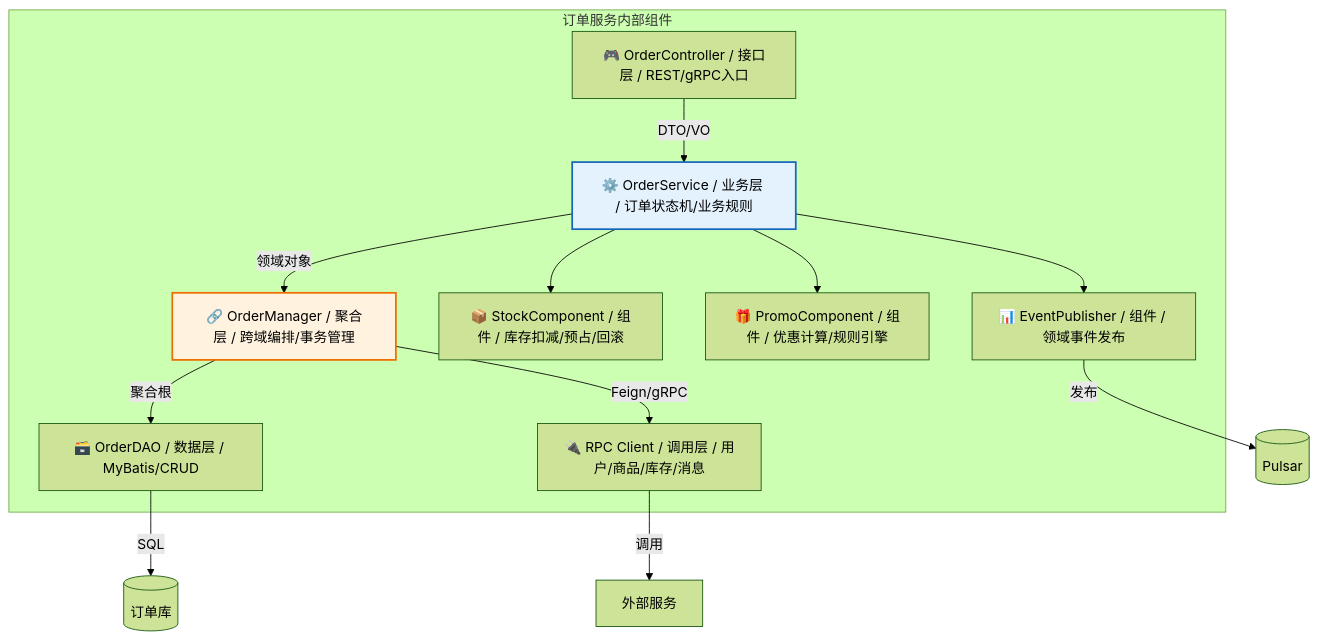
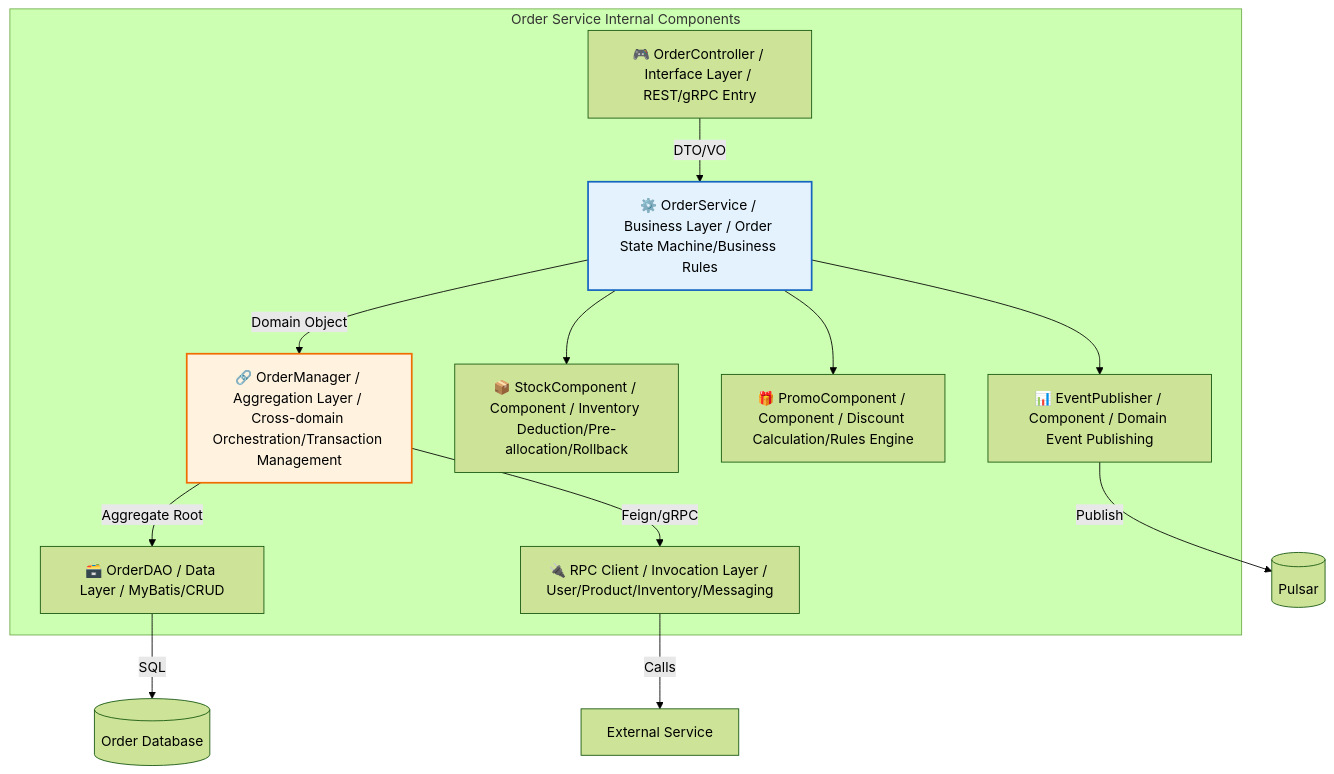
One commit to Kirky-X/cangjie changed the sixth of 15 diagrams in templates/产品/技术层/【模板】架构设计文档.md. Above: the diagram before and after it, drawn with Mermaid (forest theme). The commit also changed other lines of this file and 46 other files, not shown here.

````diff
--- a/templates/产品/技术层/【模板】架构设计文档.md
+++ b/templates/产品/技术层/【模板】架构设计文档.md
@@ -289,27 +289,27 @@
 ```mermaid
 graph TB
-    subgraph 订单服务内部组件
-        C1[🎮 OrderController / 接口层 / REST/gRPC入口]
-        C2[⚙️ OrderService / 业务层 / 订单状态机/业务规则]
-        C3[🔗 OrderManager / 聚合层 / 跨域编排/事务管理]
-        C4[🗃️ OrderDAO / 数据层 / MyBatis/CRUD]
-        C5[🔌 RPC Client / 调用层 / 用户/商品/库存/消息]
-        C6[📦 StockComponent / 组件 / 库存扣减/预占/回滚]
-        C7[🎁 PromoComponent / 组件 / 优惠计算/规则引擎]
-        C8[📊 EventPublisher / 组件 / 领域事件发布]
+    subgraph Order Service Internal Components
+        C1[🎮 OrderController / Interface Layer / REST/gRPC Entry]
+        C2[⚙️ OrderService / Business Layer / Order State Machine/Business Rules]
+        C3[🔗 OrderManager / Aggregation Layer / Cross-domain Orchestration/Transaction Management]
+        C4[🗃️ OrderDAO / Data Layer / MyBatis/CRUD]
+        C5[🔌 RPC Client / Invocation Layer / User/Product/Inventory/Messaging]
+        C6[📦 StockComponent / Component / Inventory Deduction/Pre-allocation/Rollback]
+        C7[🎁 PromoComponent / Component / Discount Calculation/Rules Engine]
+        C8[📊 EventPublisher / Component / Domain Event Publishing]
     end
 
     C1 -->|DTO/VO| C2
     C2 --> C6
     C2 --> C7
     C2 --> C8
-    C2 -->|领域对象| C3
-    C3 -->|聚合根| C4
+    C2 -->|Domain Object| C3
+    C3 -->|Aggregate Root| C4
     C3 -->|Feign/gRPC| C5
-    C4 -->|SQL| D1[(订单库)]
-    C5 -->|调用| E1[外部服务]
-    C8 -->|发布| Q1[(Pulsar)]
+    C4 -->|SQL| D1[(Order Database)]
+    C5 -->|Calls| E1[External Service]
+    C8 -->|Publish| Q1[(Pulsar)]
 
     style C2 fill:#e3f2fd,stroke:#1565c0,stroke-width:2px
     style C3 fill:#fff3e0,stroke:#ef6c00,stroke-width:2px
 ```
````
